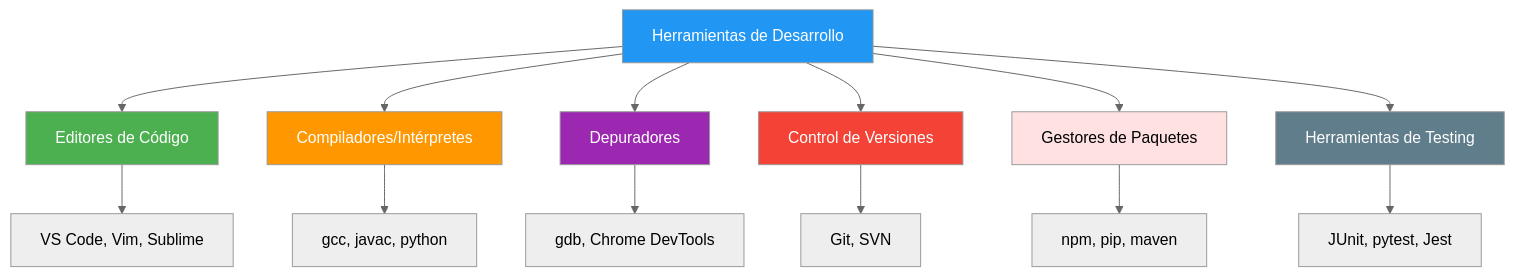
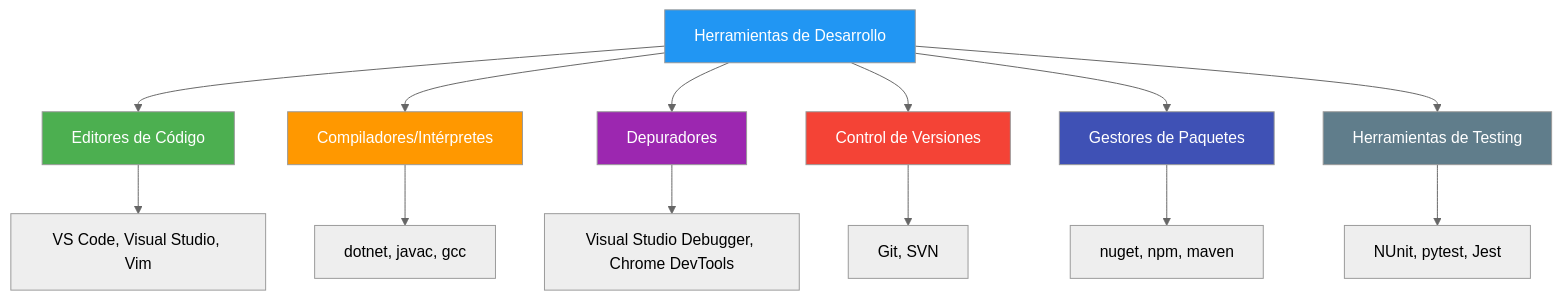
The first of 4 diagrams in 07-herramientas-apoyo.md (joseluisgs/EntornosDesarrollo-01-2026-2027), drawn with Mermaid (neutral theme) before and after one commit. The commit also changed other lines of this file, not shown here.

Commit message:
[fix] Punto 07: TOC, bloques, colores Mermaid, C# como primario, tabla resumen

````diff
--- a/07-herramientas-apoyo.md
+++ b/07-herramientas-apoyo.md
@@ -22,24 +35,24 @@
 ```mermaid
 graph TD
     A[Herramientas de Desarrollo] --> B[Editores de Código]
     A --> C[Compiladores/Intérpretes]
     A --> D[Depuradores]
     A --> E[Control de Versiones]
     A --> F[Gestores de Paquetes]
     A --> G[Herramientas de Testing]
 
-    B --> B1[VS Code, Vim, Sublime]
-    C --> C1[gcc, javac, python]
-    D --> D1[gdb, Chrome DevTools]
+    B --> B1[VS Code, Visual Studio, Vim]
+    C --> C1[dotnet, javac, gcc]
+    D --> D1[Visual Studio Debugger, Chrome DevTools]
     E --> E1[Git, SVN]
-    F --> F1[npm, pip, maven]
-    G --> G1[JUnit, pytest, Jest]
+    F --> F1[nuget, npm, maven]
+    G --> G1[NUnit, pytest, Jest]
 
     style A fill:#2196F3,color:#fff
     style B fill:#4CAF50,color:#fff
     style C fill:#FF9800,color:#fff
     style D fill:#9C27B0,color:#fff
     style E fill:#f44336,color:#fff
-    style F fill:#ffe1e1
+    style F fill:#3F51B5,color:#fff
     style G fill:#607D8B,color:#fff
 ```
````
